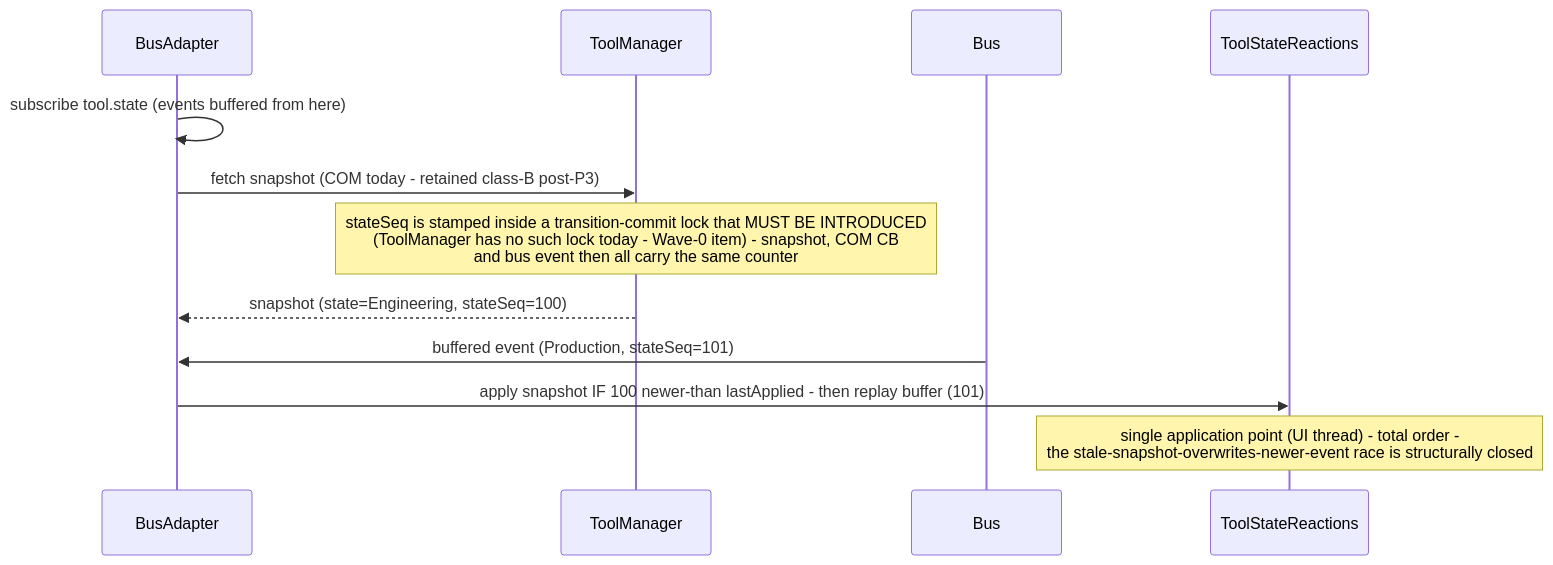
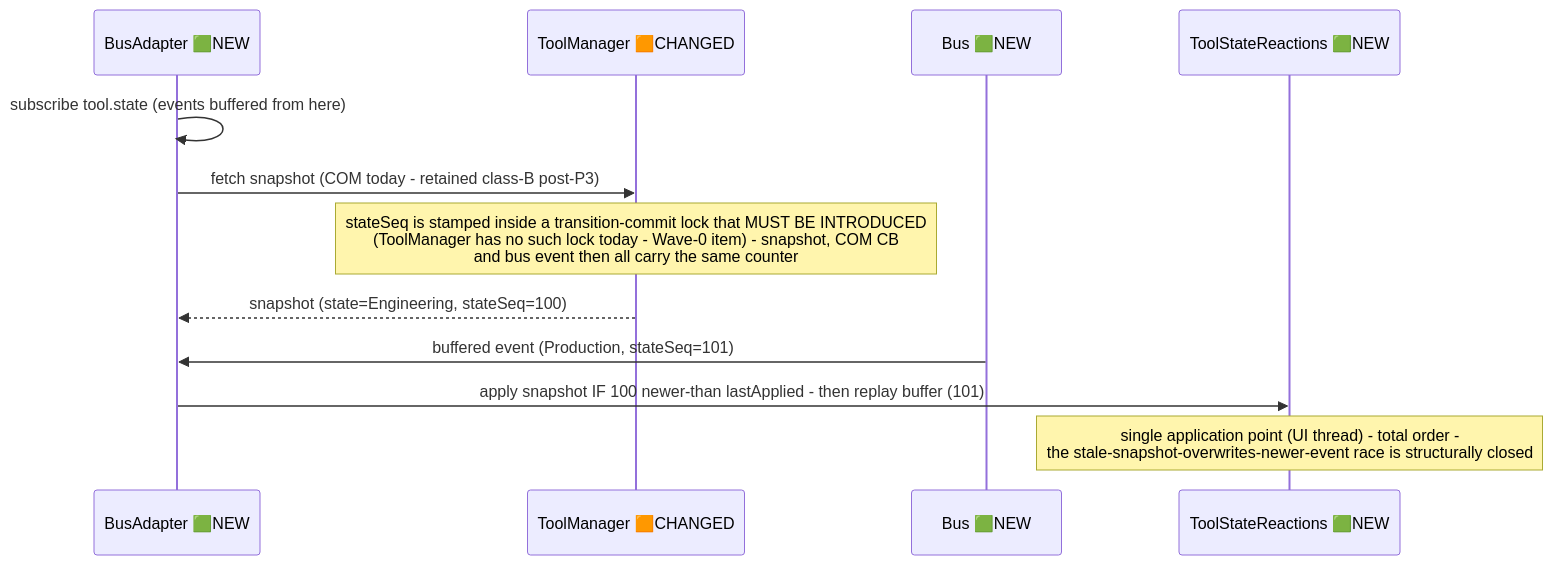
Before and after one commit to amitA-camtek/bus_gateway: the fifth of 7 diagrams in stage/02-aoi-architecture.md, drawn with Mermaid. The commit also changed other lines of this file and 11 other files, not shown here.

````diff
--- a/stage/02-aoi-architecture.md
+++ b/stage/02-aoi-architecture.md
@@ -277,15 +299,15 @@
 ```mermaid
 sequenceDiagram
-    participant BA as BusAdapter
-    participant TM as ToolManager
-    participant BUS as Bus
-    participant R as ToolStateReactions
+    participant BA as BusAdapter 🟩NEW
+    participant TM as ToolManager 🟧CHANGED
+    participant BUS as Bus 🟩NEW
+    participant R as ToolStateReactions 🟩NEW
 
     BA->>BA: subscribe tool.state (events buffered from here)
     BA->>TM: fetch snapshot (COM today - retained class-B post-P3)
     Note over TM: stateSeq is stamped inside a transition-commit lock that MUST BE INTRODUCED<br/>(ToolManager has no such lock today - Wave-0 item) - snapshot, COM CB<br/>and bus event then all carry the same counter
     TM-->>BA: snapshot (state=Engineering, stateSeq=100)
     BUS->>BA: buffered event (Production, stateSeq=101)
     BA->>R: apply snapshot IF 100 newer-than lastApplied - then replay buffer (101)
     Note over R: single application point (UI thread) - total order -<br/>the stale-snapshot-overwrites-newer-event race is structurally closed
 ```
````
